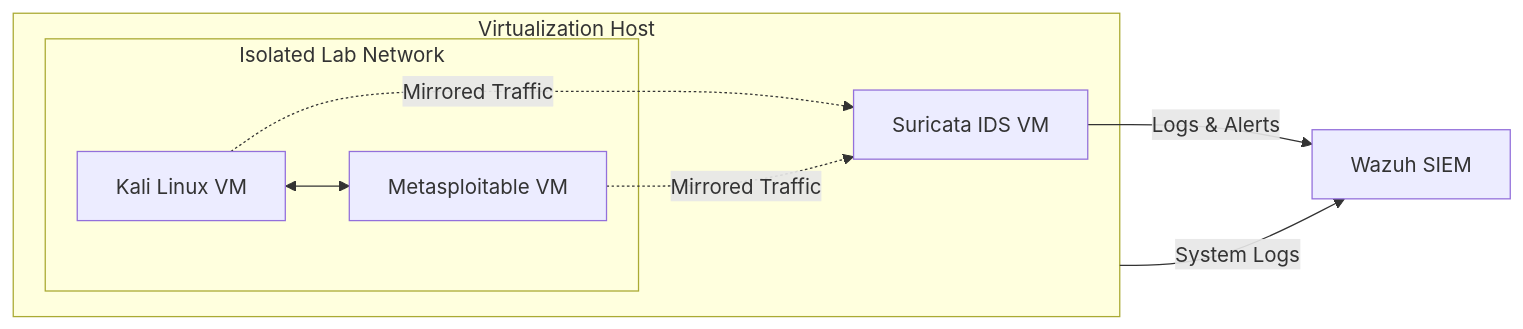
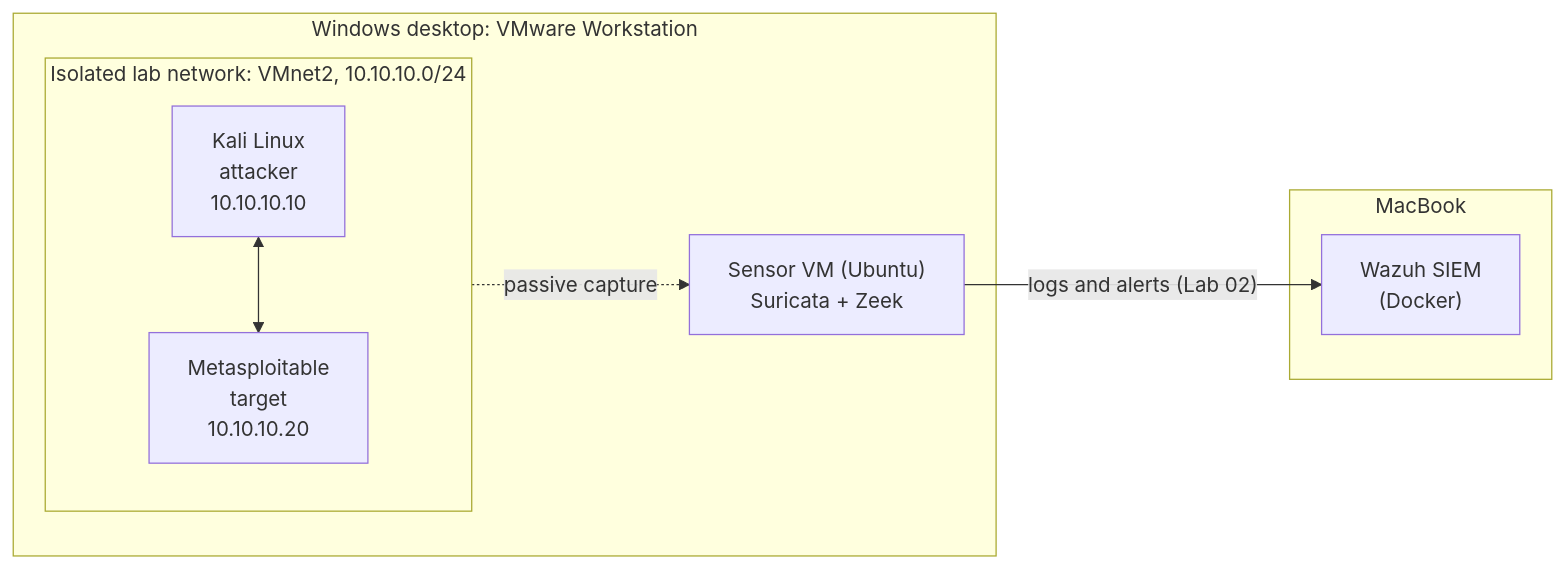
One commit to BrettPridemore/Cybersecurity-Home-Lab changed the diagram in README.md. Above: the diagram before and after it, drawn with Mermaid. The commit also changed other lines of this file, not shown here.

````diff
--- a/README.md
+++ b/README.md
@@ -18,23 +31,14 @@
 ```mermaid
 graph LR
- 
-SIEM["Wazuh SIEM"]
- 
-subgraph HOST["Virtualization Host"]
-subgraph LAB["Isolated Lab Network"]
-KALI["Kali Linux VM"]
-META["Metasploitable VM"]
-
-end
-IDS["Suricata IDS VM"]
-
- 
-KALI <--> META
- 
-KALI -. Mirrored Traffic .-> IDS
-META -. Mirrored Traffic .-> IDS
-end
- 
-IDS -->|Logs & Alerts| SIEM
-HOST -->|System Logs| SIEM
+  subgraph DESKTOP["Windows desktop: VMware Workstation"]
+    subgraph LAB["Isolated lab network: VMnet2, 10.10.10.0/24"]
+      KALI["Kali Linux<br/>attacker<br/>10.10.10.10"] <--> META["Metasploitable<br/>target<br/>10.10.10.20"]
+    end
+    SENSOR["Sensor VM (Ubuntu)<br/>Suricata + Zeek"]
+  end
+  subgraph MAC["MacBook"]
+    SIEM["Wazuh SIEM<br/>(Docker)"]
+  end
+  LAB -. passive capture .-> SENSOR
+  SENSOR -->|"logs and alerts (Lab 02)"| SIEM
 ```
````
